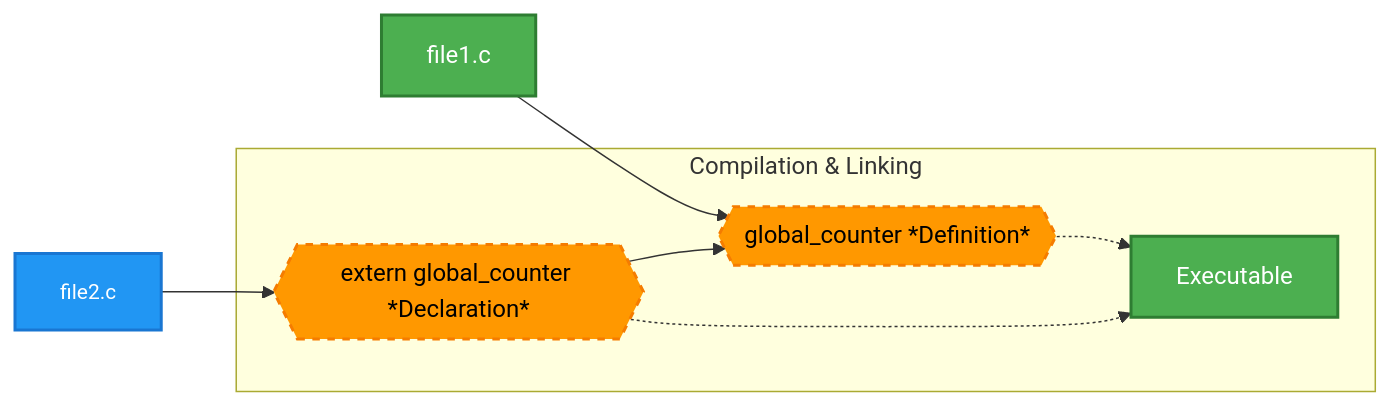
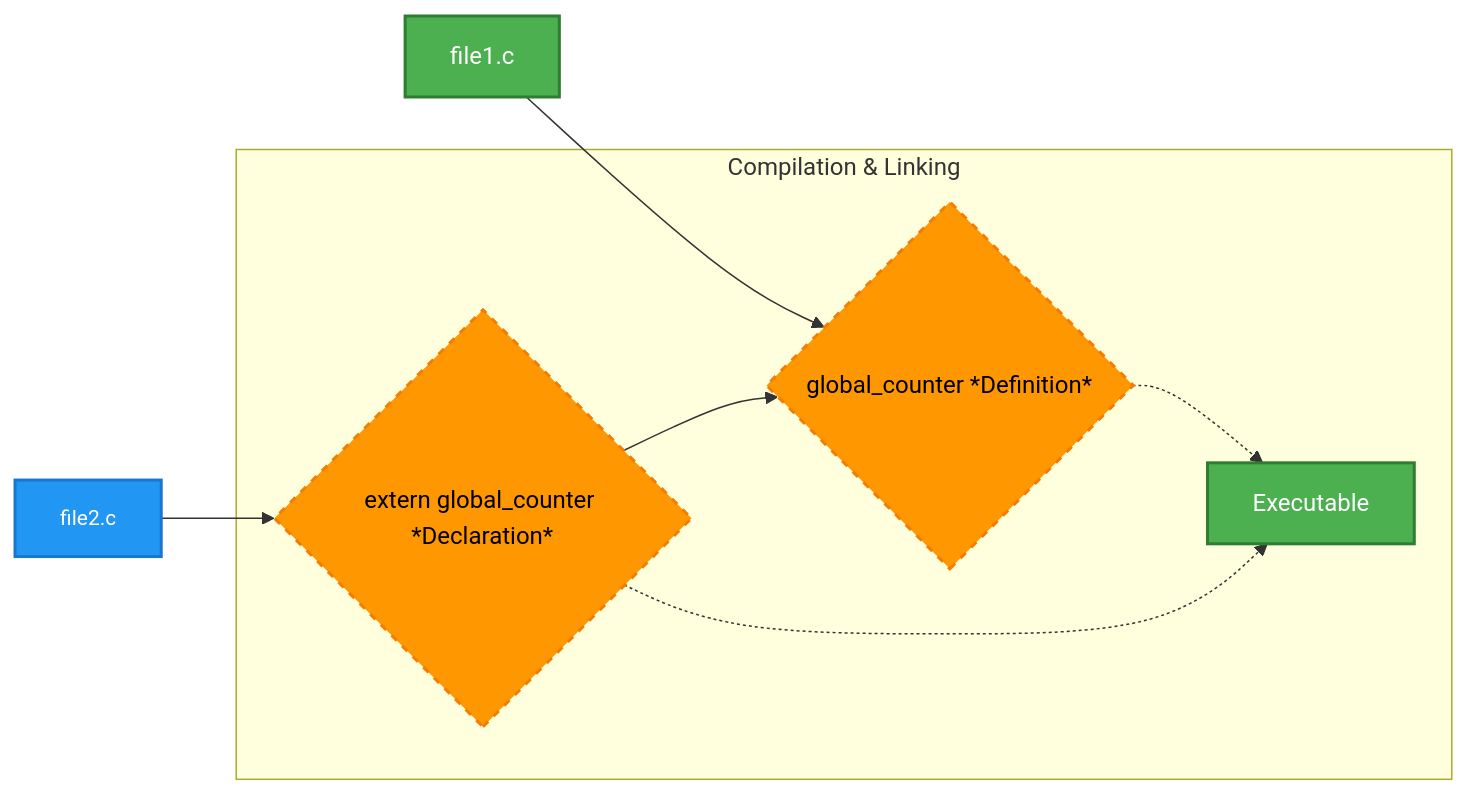
The first of 6 diagrams in _posts/2024-12-14-11.-c-storage-classes.md (infoyouth/infoyouth.github.io), drawn with Mermaid before and after one commit. The commit also changed 3 other files, not shown here.

````diff
--- a/_posts/2024-12-14-11.-c-storage-classes.md
+++ b/_posts/2024-12-14-11.-c-storage-classes.md
@@ -202,21 +202,21 @@
 ```mermaid
 graph LR
     %% Nodes
-    A[file1.c] --> B{{global_counter *Definition*}}
-    C[file2.c] --> D{{extern global_counter *Declaration*}}
+    A[file1.c] --> B{global_counter *Definition*}
+    C[file2.c] --> D{extern global_counter *Declaration*}
     D --> B
 
     %% Subgraph for Compilation & Linking
     subgraph "Compilation & Linking"
         B -.-> E[Executable]
         D -.-> E
     end
 
     %% Styling
     style A fill:#4CAF50,stroke:#2E7D32,color:#FFFFFF,stroke-width:2px,font-size:16px
     style C fill:#2196F3,stroke:#1976D2,color:#FFFFFF,stroke-width:2px,font-size:14px
     style B fill:#FF9800,stroke:#F57C00,color:#000000,stroke-width:2px,font-size:16px,stroke-dasharray:5
     style D fill:#FF9800,stroke:#F57C00,color:#000000,stroke-width:2px,font-size:16px,stroke-dasharray:5
     style E fill:#4CAF50,stroke:#2E7D32,color:#FFFFFF,stroke-width:2px,font-size:16px
 
 ```
````
